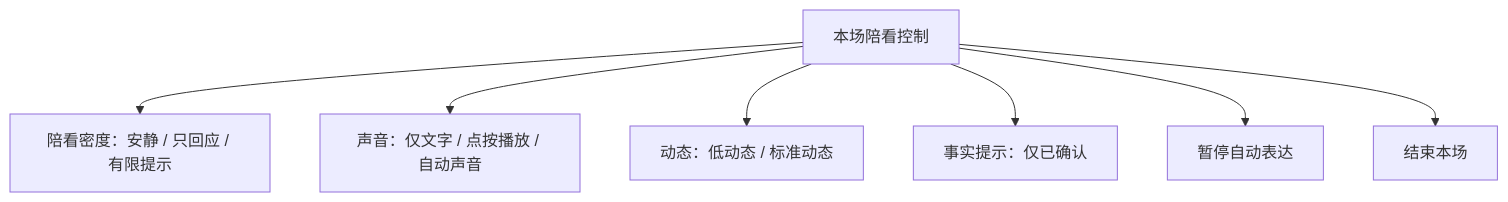
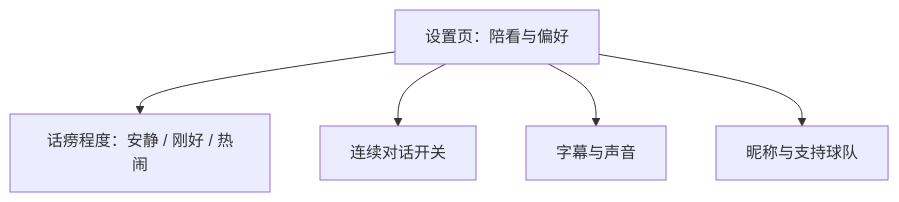
The seventh of 12 diagrams in docs/球球全套资料/4.产品设计/34-用户端页面与视觉规格.md (weiz98417-crypto/qiuqiu), drawn with Mermaid before and after one commit. The commit also changed other lines of this file and 49 other files, not shown here.

````diff
--- a/docs/球球全套资料/4.产品设计/34-用户端页面与视觉规格.md
+++ b/docs/球球全套资料/4.产品设计/34-用户端页面与视觉规格.md
@@ -422,9 +455,7 @@
 ```mermaid
 flowchart TD
-    A[本场陪看控制] --> B[陪看密度：安静 / 只回应 / 有限提示]
-    A --> C[声音：仅文字 / 点按播放 / 自动声音]
-    A --> D[动态：低动态 / 标准动态]
-    A --> E[事实提示：仅已确认]
-    A --> F[暂停自动表达]
-    A --> G[结束本场]
+    A[设置页：陪看与偏好] --> B[话痨程度：安静 / 刚好 / 热闹]
+    A --> C[连续对话开关]
+    A --> D[字幕与声音]
+    A --> E[昵称与支持球队]
 ```
````
